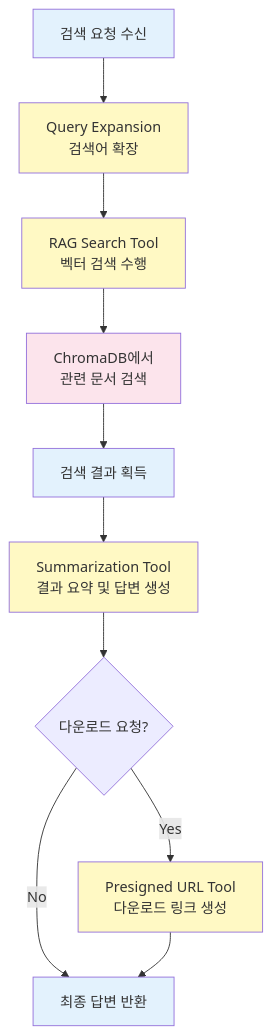
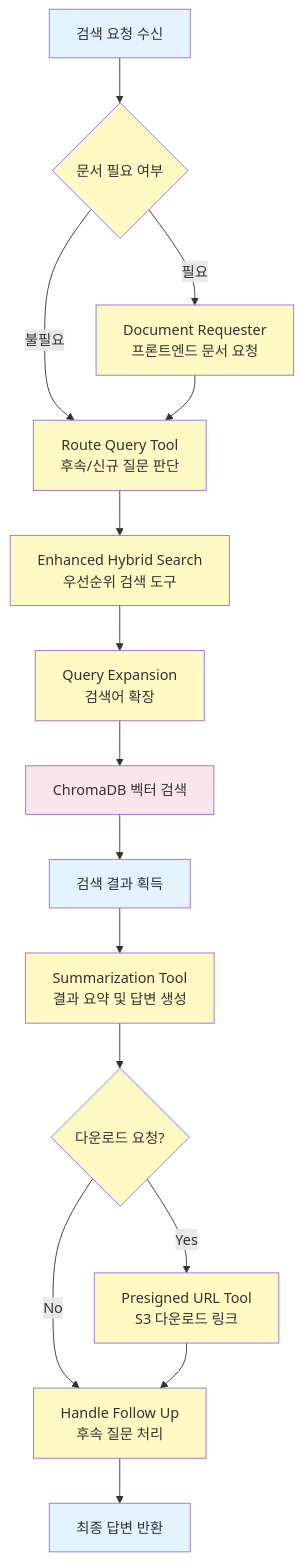
One commit to SKNETWORKS-FAMILY-AICAMP/SKN13-FINAL-1TEAM changed the fourth of 7 diagrams in 산출물/8주차/시스템_구성도_초안.md. Above: the diagram before and after it, drawn with Mermaid. The commit also changed other lines of this file and 2 other files, not shown here.

````diff
--- a/산출물/8주차/시스템_구성도_초안.md
+++ b/산출물/8주차/시스템_구성도_초안.md
@@ -229,20 +284,26 @@
 ```mermaid
 graph TD
-    A[검색 요청 수신] --> B[Query Expansion<br/>검색어 확장]
-    B --> C[RAG Search Tool<br/>벡터 검색 수행]
-    C --> D[ChromaDB에서<br/>관련 문서 검색]
-    D --> E[검색 결과 획득]
-    E --> F[Summarization Tool<br/>결과 요약 및 답변 생성]
-    F --> G{다운로드 요청?}
-    G -->|Yes| H[Presigned URL Tool<br/>다운로드 링크 생성]
-    G -->|No| I[최종 답변 반환]
-    H --> I
+    A[검색 요청 수신] --> B{문서 필요 여부}
+    B -->|필요| C[Document Requester<br/>프론트엔드 문서 요청]
+    B -->|불필요| D[Route Query Tool<br/>후속/신규 질문 판단]
+    
+    C --> D
+    D --> E[Enhanced Hybrid Search<br/>우선순위 검색 도구]
+    E --> F[Query Expansion<br/>검색어 확장]
+    F --> G[ChromaDB 벡터 검색]
+    G --> H[검색 결과 획득]
+    H --> I[Summarization Tool<br/>결과 요약 및 답변 생성]
+    I --> J{다운로드 요청?}
+    J -->|Yes| K[Presigned URL Tool<br/>S3 다운로드 링크]
+    J -->|No| L[Handle Follow Up<br/>후속 질문 처리]
+    K --> L
+    L --> M[최종 답변 반환]
 
     classDef searchProcess fill:#e3f2fd
     classDef toolProcess fill:#fff9c4
     classDef dataProcess fill:#fce4ec
 
-    class A,E,I searchProcess
-    class B,C,F,H toolProcess
-    class D dataProcess
+    class A,H,M searchProcess
+    class B,C,D,E,F,I,J,K,L toolProcess
+    class G dataProcess
 ```
````
